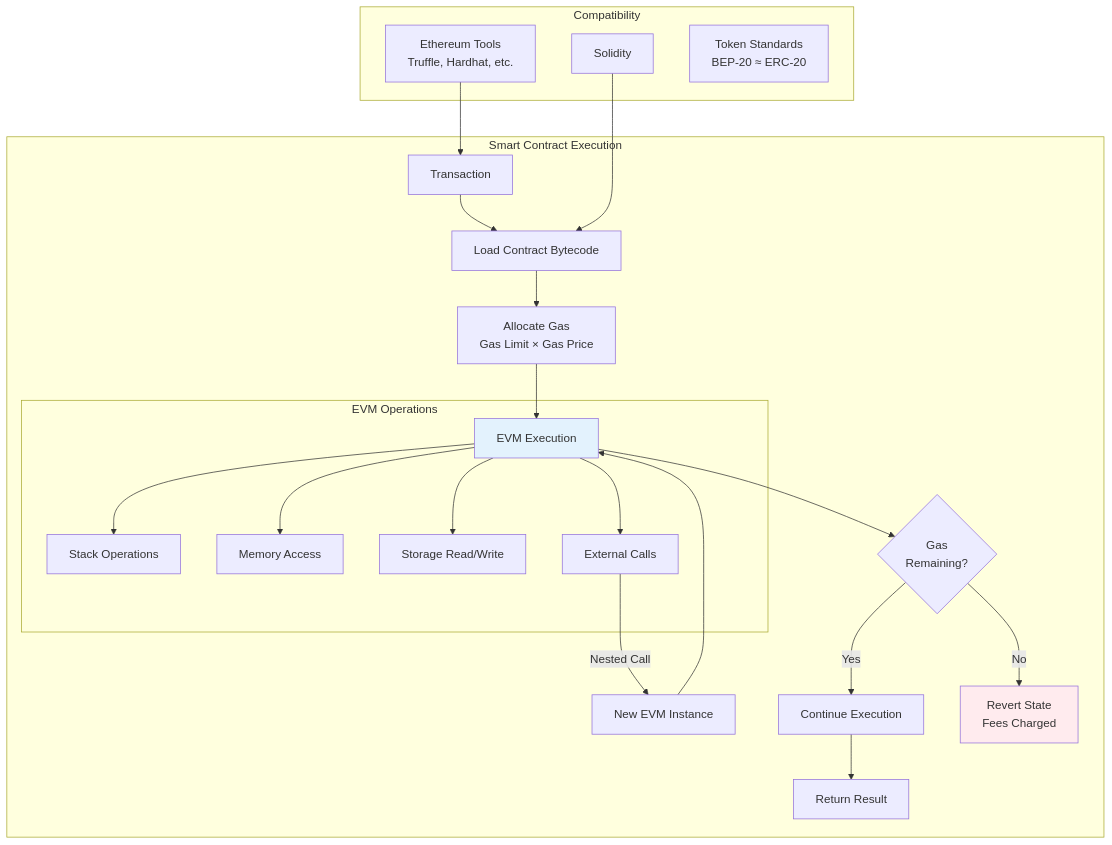
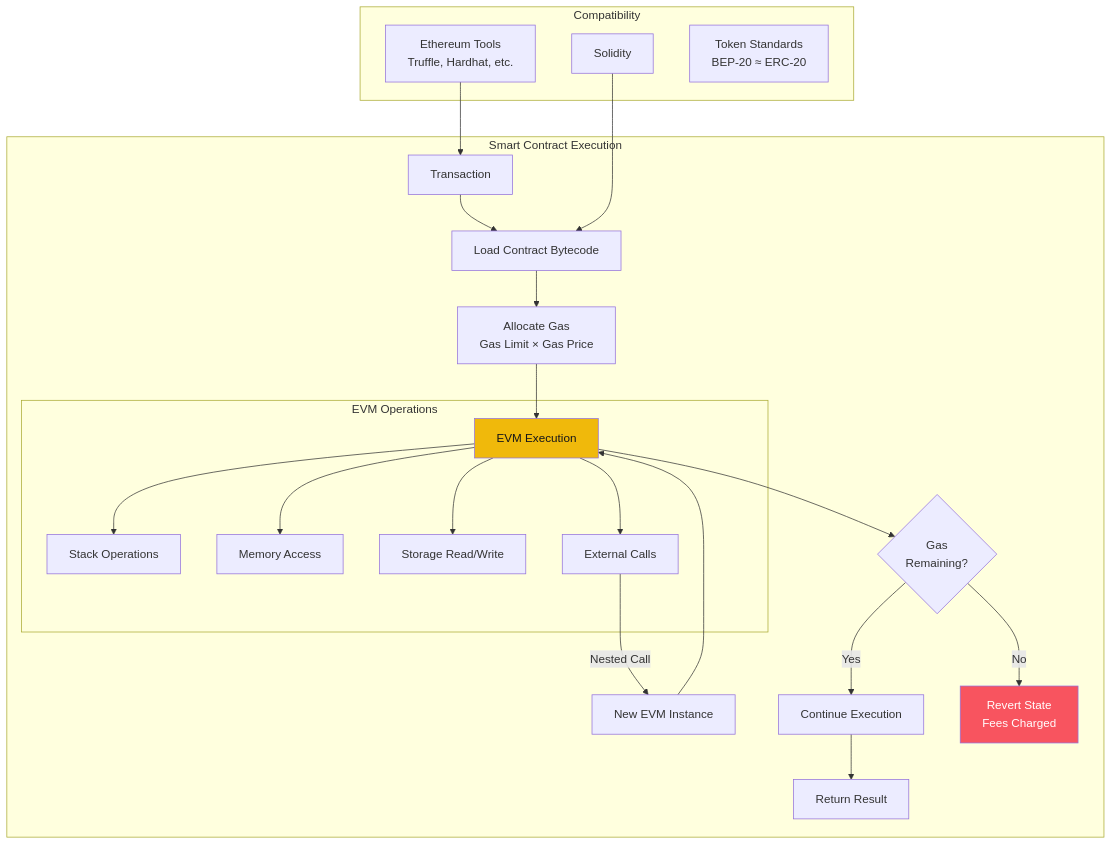
One commit to quochuydev/quochuydev changed the fourth of 8 diagrams in ai/binance-smart-chain-overview.md. Above: the diagram before and after it, drawn with Mermaid. The commit also changed other lines of this file, not shown here.

First line of the commit message:
Update BNB Chain diagrams with official brand colors

````diff
--- a/ai/binance-smart-chain-overview.md
+++ b/ai/binance-smart-chain-overview.md
@@ -93,35 +93,35 @@
 ```mermaid
 graph TB
     subgraph "Smart Contract Execution"
         TX[Transaction] --> Load[Load Contract Bytecode]
         Load --> GAS[Allocate Gas<br/>Gas Limit × Gas Price]
         GAS --> EVM[EVM Execution]
 
         subgraph "EVM Operations"
             EVM --> Stack[Stack Operations]
             EVM --> Memory[Memory Access]
             EVM --> Storage[Storage Read/Write]
             EVM --> Call[External Calls]
         end
 
         Call -->|Nested Call| EVM2[New EVM Instance]
         EVM2 --> EVM
 
         EVM --> Check{Gas<br/>Remaining?}
         Check -->|Yes| Continue[Continue Execution]
         Check -->|No| Revert[Revert State<br/>Fees Charged]
         Continue --> Result[Return Result]
     end
 
     subgraph "Compatibility"
         Solidity[Solidity]
         Tools[Ethereum Tools<br/>Truffle, Hardhat, etc.]
         Standards[Token Standards<br/>BEP-20 ≈ ERC-20]
     end
 
     Solidity --> Load
     Tools --> TX
 
-    style EVM fill:#e3f2fd
-    style Revert fill:#ffebee
+    style EVM fill:#F0B90B,color:#14151A
+    style Revert fill:#F8545F,color:#fff
 ```
````
